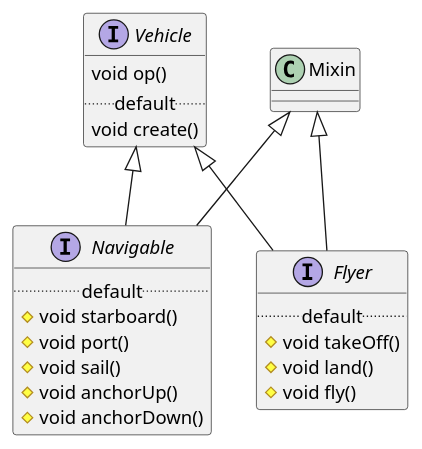
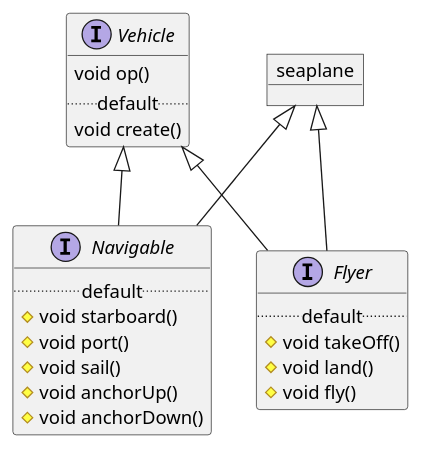
Before and after one commit to ortolanph/Java10Examples: the diagram in src/main/resources/mixin.puml, drawn with PlantUML.

Commit message:
Fixing the mixin class diagram

```diff
--- a/src/main/resources/mixin.puml
+++ b/src/main/resources/mixin.puml
@@ -1,33 +1,33 @@
 @startuml
 
 interface Vehicle {
 void op()
 .. default ..
 void create()
 }
 
 interface Navigable {
 .. default ..
 #void starboard()
 #void port()
 #void sail()
 #void anchorUp()
 #void anchorDown()
 }
 
 interface Flyer {
 .. default ..
 #void takeOff()
 #void land()
 #void fly()
 }
 
-class Mixin
+object seaplane
 
 Vehicle <|-- Navigable
 Vehicle <|-- Flyer
 
-Mixin <|-- Navigable
-Mixin <|-- Flyer
+seaplane <|-- Navigable
+seaplane <|-- Flyer
 
 @enduml
```
